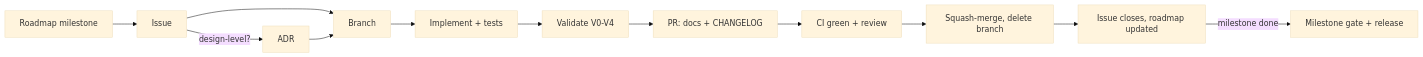
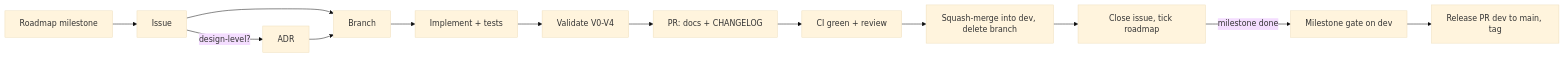
The diagram in docs/development/workflow.md (thanhndv212/long-tamp), drawn with Mermaid (base theme) before and after one commit. The commit also changed other lines of this file and 5 other files, not shown here.

First line of the commit message:
docs(development): make dev the integration branch

````diff
--- a/docs/development/workflow.md
+++ b/docs/development/workflow.md
@@ -8,14 +8,15 @@
 ```mermaid
 flowchart LR
   A[Roadmap milestone] --> B[Issue]
   B -->|design-level?| C[ADR]
   B --> D[Branch]
   C --> D
   D --> E[Implement + tests]
   E --> F[Validate V0-V4]
   F --> G[PR: docs + CHANGELOG]
   G --> H[CI green + review]
-  H --> I[Squash-merge, delete branch]
-  I --> J[Issue closes, roadmap updated]
-  J -->|milestone done| K[Milestone gate + release]
+  H --> I[Squash-merge into dev, delete branch]
+  I --> J[Close issue, tick roadmap]
+  J -->|milestone done| K[Milestone gate on dev]
+  K --> L[Release PR dev to main, tag]
 ```
````
